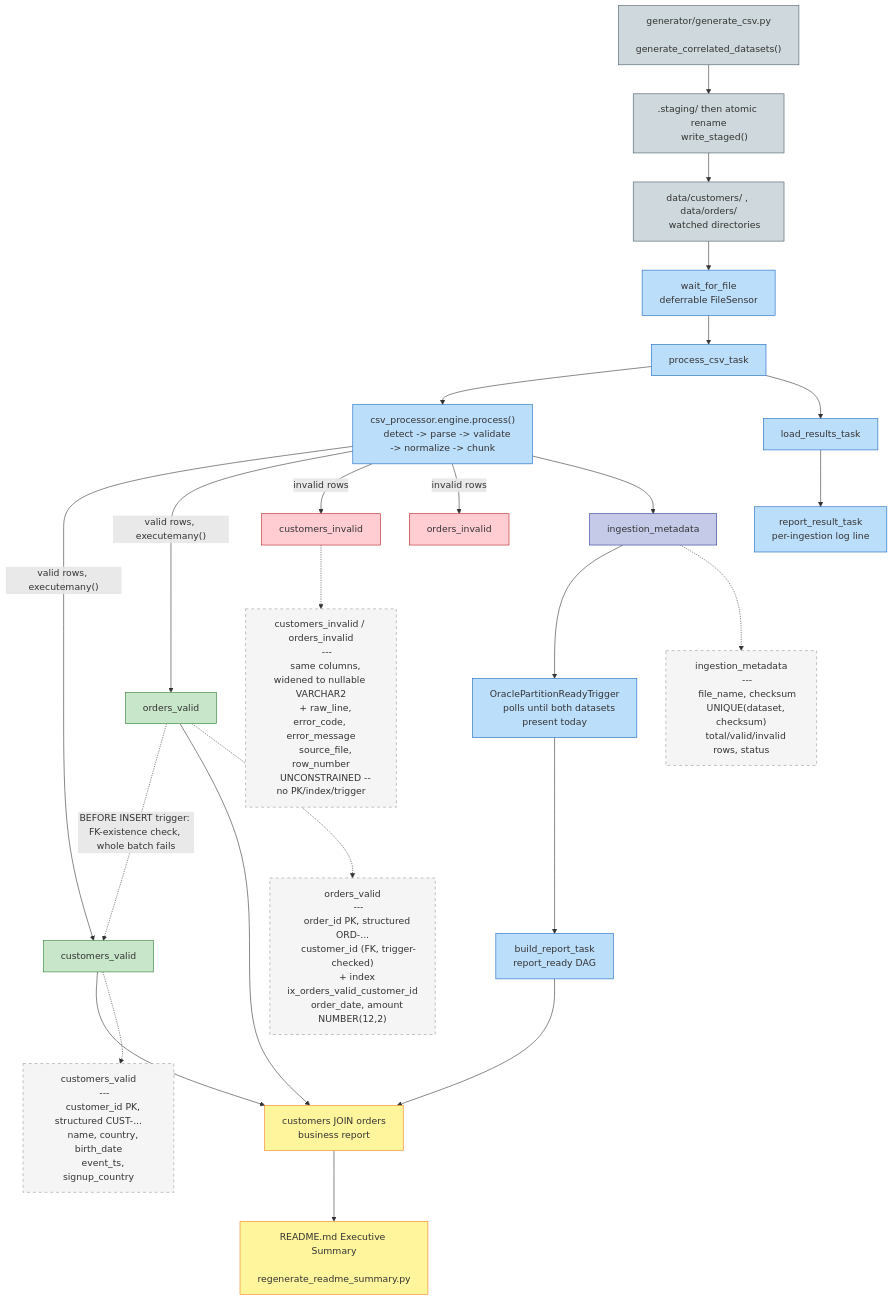
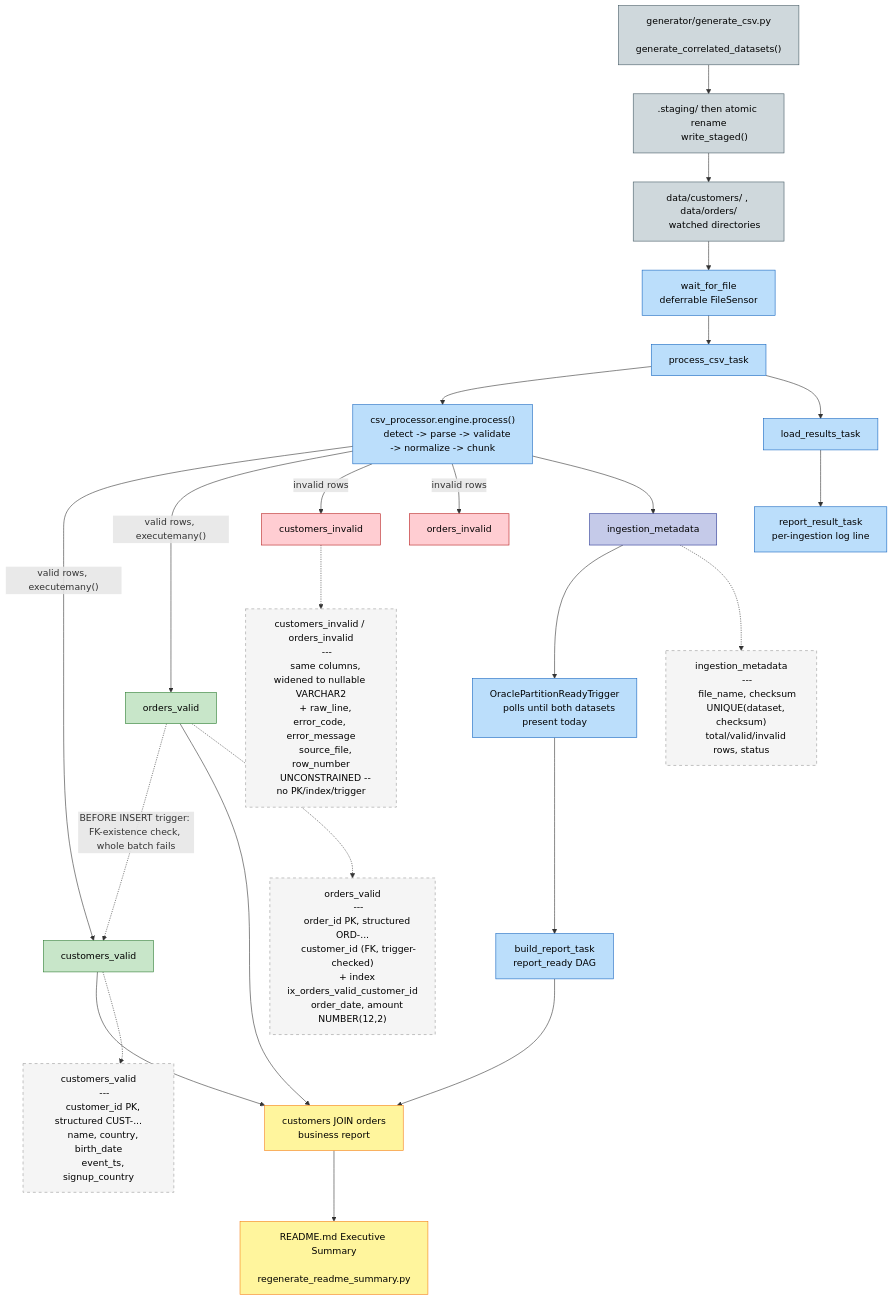
Before and after one commit to KonuTech/lightweight-airflow-etl: the second of 2 diagrams in README.md, drawn with Mermaid. The commit also changed other lines of this file, not shown here.

Commit message:
docs(readme): set mermaid node text to black for readability

````diff
--- a/README.md
+++ b/README.md
@@ -136,79 +136,79 @@
 ```mermaid
 flowchart TD
     GEN["generator/generate_csv.py
     generate_correlated_datasets()"] --> STAGED[".staging/ then atomic rename
     write_staged()"]
     STAGED --> WATCH["data/customers/ , data/orders/
     watched directories"]
 
     WATCH --> SENSE["wait_for_file
     deferrable FileSensor"]
     SENSE --> PROC["process_csv_task"]
     PROC --> ENGINE["csv_processor.engine.process()
     detect -> parse -> validate -> normalize -> chunk"]
 
     ENGINE -->|"valid rows, executemany()"| CVALID["customers_valid"]
     ENGINE -->|"valid rows, executemany()"| OVALID["orders_valid"]
     ENGINE -->|"invalid rows"| CINVALID["customers_invalid"]
     ENGINE -->|"invalid rows"| OINVALID["orders_invalid"]
     ENGINE --> META["ingestion_metadata"]
 
     OVALID -.->|"BEFORE INSERT trigger: FK-existence check, whole batch fails"| CVALID
 
     PROC --> RESULTS["load_results_task"]
     RESULTS --> REPORTRES["report_result_task
     per-ingestion log line"]
 
     META --> SENSOR2["OraclePartitionReadyTrigger
     polls until both datasets present today"]
     SENSOR2 --> BUILDRPT["build_report_task
     report_ready DAG"]
     CVALID --> BUSREPORT["customers JOIN orders
     business report"]
     OVALID --> BUSREPORT
     BUILDRPT --> BUSREPORT
     BUSREPORT --> README["README.md Executive Summary
     regenerate_readme_summary.py"]
 
     CVALID -.-> CVALIDDETAIL["customers_valid
     ---
     customer_id PK, structured CUST-...
     name, country, birth_date
     event_ts, signup_country"]
 
     OVALID -.-> OVALIDDETAIL["orders_valid
     ---
     order_id PK, structured ORD-...
     customer_id (FK, trigger-checked)
     + index ix_orders_valid_customer_id
     order_date, amount NUMBER(12,2)"]
 
     CINVALID -.-> INVALIDDETAIL["customers_invalid / orders_invalid
     ---
     same columns, widened to nullable VARCHAR2
     + raw_line, error_code, error_message
     source_file, row_number
     UNCONSTRAINED -- no PK/index/trigger"]
 
     META -.-> METADETAIL["ingestion_metadata
     ---
     file_name, checksum
     UNIQUE(dataset, checksum)
     total/valid/invalid rows, status"]
 
-    classDef gen fill:#cfd8dc,stroke:#455a64
-    classDef task fill:#bbdefb,stroke:#1565c0
-    classDef valid fill:#c8e6c9,stroke:#2e7d32
-    classDef invalid fill:#ffcdd2,stroke:#b71c1c
-    classDef meta fill:#c5cae9,stroke:#283593
-    classDef report fill:#fff59d,stroke:#f57f17
-    classDef details fill:#f5f5f5,stroke:#999,stroke-dasharray: 5 5
+    classDef gen fill:#cfd8dc,stroke:#455a64,color:#000000
+    classDef task fill:#bbdefb,stroke:#1565c0,color:#000000
+    classDef valid fill:#c8e6c9,stroke:#2e7d32,color:#000000
+    classDef invalid fill:#ffcdd2,stroke:#b71c1c,color:#000000
+    classDef meta fill:#c5cae9,stroke:#283593,color:#000000
+    classDef report fill:#fff59d,stroke:#f57f17,color:#000000
+    classDef details fill:#f5f5f5,stroke:#999,stroke-dasharray: 5 5,color:#000000
 
     class GEN,STAGED,WATCH gen
     class SENSE,PROC,ENGINE,RESULTS,REPORTRES,SENSOR2,BUILDRPT task
     class CVALID,OVALID valid
     class CINVALID,OINVALID invalid
     class META meta
     class BUSREPORT,README report
     class CVALIDDETAIL,OVALIDDETAIL,INVALIDDETAIL,METADETAIL details
 ```
````
